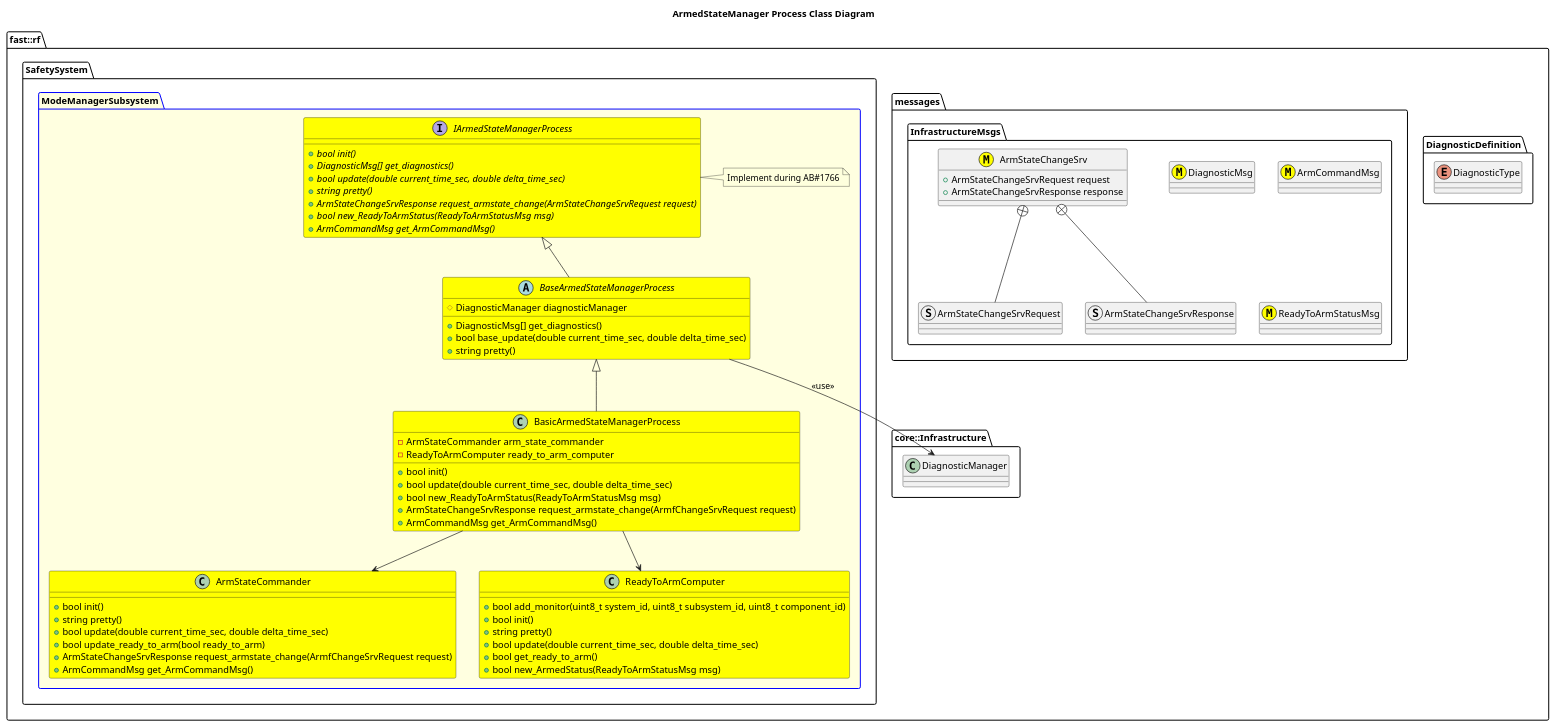
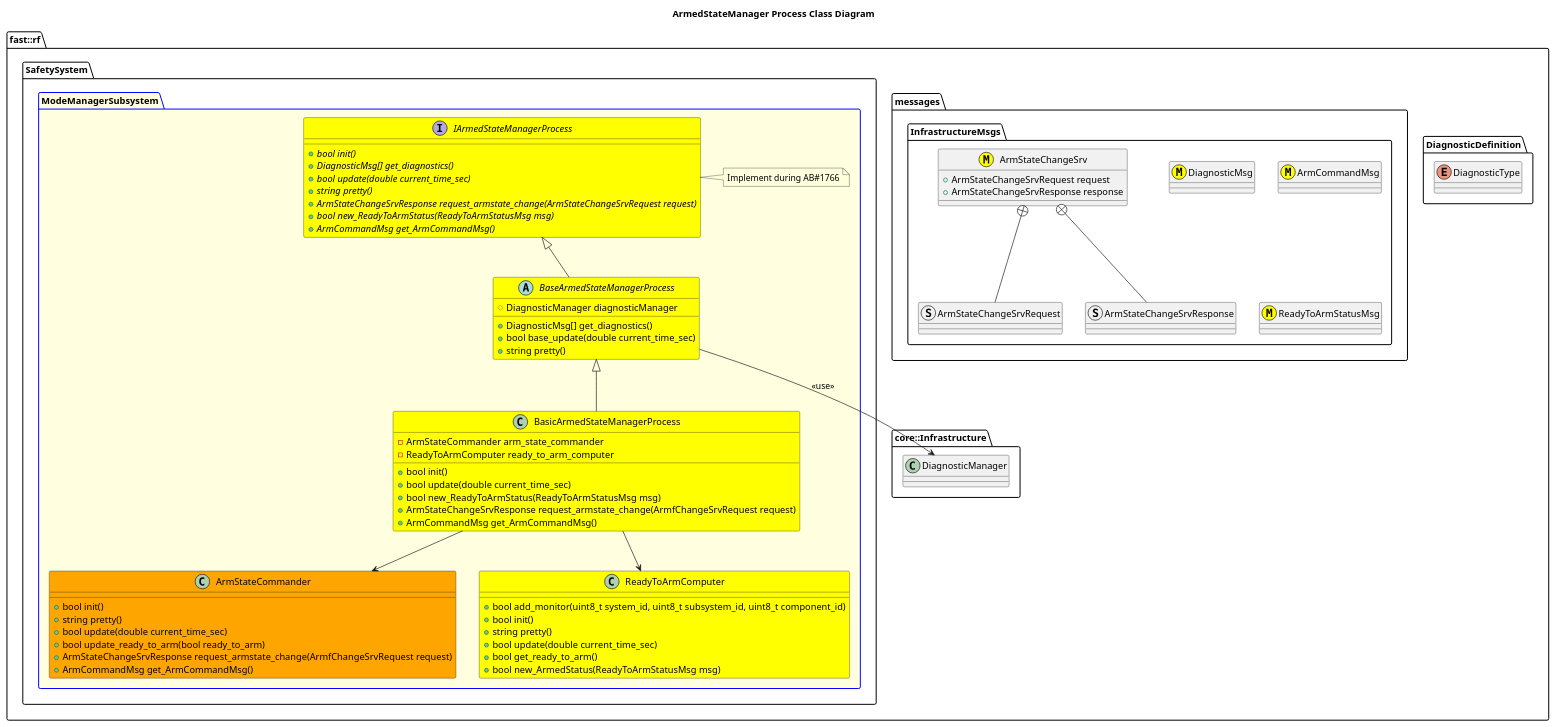
One commit to fastrobotics/robot_framework changed the diagram in Systems/Safety/Subsystems/ModeManager/Processes/ArmedStateManager/doc/ProcessImplementations/puml/BasicArmedStateManagerClassDiagram.puml. Above: the diagram before and after it, drawn with PlantUML. The commit also changed 10 other files, not shown here.

```diff
--- a/Systems/Safety/Subsystems/ModeManager/Processes/ArmedStateManager/doc/ProcessImplementations/puml/BasicArmedStateManagerClassDiagram.puml
+++ b/Systems/Safety/Subsystems/ModeManager/Processes/ArmedStateManager/doc/ProcessImplementations/puml/BasicArmedStateManagerClassDiagram.puml
@@ -1,81 +1,81 @@
 @startuml
 title ArmedStateManager Process Class Diagram
 
 namespace fast::rf {
   namespace DiagnosticDefinition {
     enum DiagnosticType
   }
   namespace messages {
     namespace InfrastructureMsgs {
         class DiagnosticMsg <<(M,#FFFF00)>>
         class ArmCommandMsg <<(M,#FFFF00)>>
         class ReadyToArmStatusMsg <<(M,#FFFF00)>> 
         struct ArmStateChangeSrvRequest
         struct ArmStateChangeSrvResponse
         class ArmStateChangeSrv <<(M,#FFFF00)>>  {
             +ArmStateChangeSrvRequest request
             +ArmStateChangeSrvResponse response
         }
         ArmStateChangeSrv +-- ArmStateChangeSrvRequest
         ArmStateChangeSrv +-- ArmStateChangeSrvResponse
     }
   }
   namespace core::Infrastructure {
     class DiagnosticManager
   }
   namespace SafetySystem {
     package ModeManagerSubsystem #LightYellow;line:blue {
         interface IArmedStateManagerProcess #Yellow  {
           +{abstract} bool init()
           +{abstract} DiagnosticMsg[] get_diagnostics()
-          +{abstract} bool update(double current_time_sec, double delta_time_sec)
+          +{abstract} bool update(double current_time_sec)
           +{abstract} string pretty()
           +{abstract} ArmStateChangeSrvResponse request_armstate_change(ArmStateChangeSrvRequest request)
           +{abstract} bool new_ReadyToArmStatus(ReadyToArmStatusMsg msg)
           +{abstract} ArmCommandMsg get_ArmCommandMsg()
 
         }
         note right of IArmedStateManagerProcess
         Implement during AB#1766
         end note
         abstract BaseArmedStateManagerProcess #Yellow {
           +DiagnosticMsg[] get_diagnostics()
-          +bool base_update(double current_time_sec, double delta_time_sec)
+          +bool base_update(double current_time_sec)
           +string pretty()
           #DiagnosticManager diagnosticManager
 
         }
         BaseArmedStateManagerProcess -up-|> IArmedStateManagerProcess
         BaseArmedStateManagerProcess --> DiagnosticManager: <<use>>
-        class ArmStateCommander #Yellow {
+        class ArmStateCommander #Orange {
             +bool init()
             +string pretty()
-            +bool update(double current_time_sec, double delta_time_sec)
+            +bool update(double current_time_sec)
             +bool update_ready_to_arm(bool ready_to_arm)
             +ArmStateChangeSrvResponse request_armstate_change(ArmfChangeSrvRequest request)
             +ArmCommandMsg get_ArmCommandMsg()
         }
         class ReadyToArmComputer #Yellow {
             +bool add_monitor(uint8_t system_id, uint8_t subsystem_id, uint8_t component_id)
             +bool init()
             +string pretty()
-            +bool update(double current_time_sec, double delta_time_sec)
+            +bool update(double current_time_sec)
             +bool get_ready_to_arm()
             +bool new_ArmedStatus(ReadyToArmStatusMsg msg)
         }
         class BasicArmedStateManagerProcess #Yellow {
           +bool init()
-          +bool update(double current_time_sec, double delta_time_sec)
+          +bool update(double current_time_sec)
           +bool new_ReadyToArmStatus(ReadyToArmStatusMsg msg)
           +ArmStateChangeSrvResponse request_armstate_change(ArmfChangeSrvRequest request)
           +ArmCommandMsg get_ArmCommandMsg()
           -ArmStateCommander arm_state_commander
           -ReadyToArmComputer ready_to_arm_computer
         }
         BasicArmedStateManagerProcess -up-|> BaseArmedStateManagerProcess
         BasicArmedStateManagerProcess --> ArmStateCommander
         BasicArmedStateManagerProcess --> ReadyToArmComputer
     }
   }
 }
 @enduml
```
